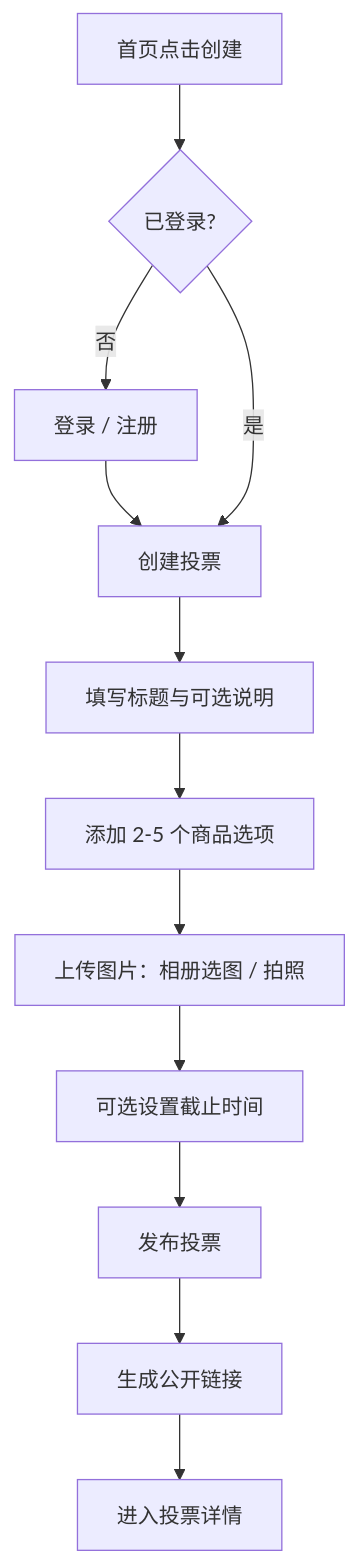
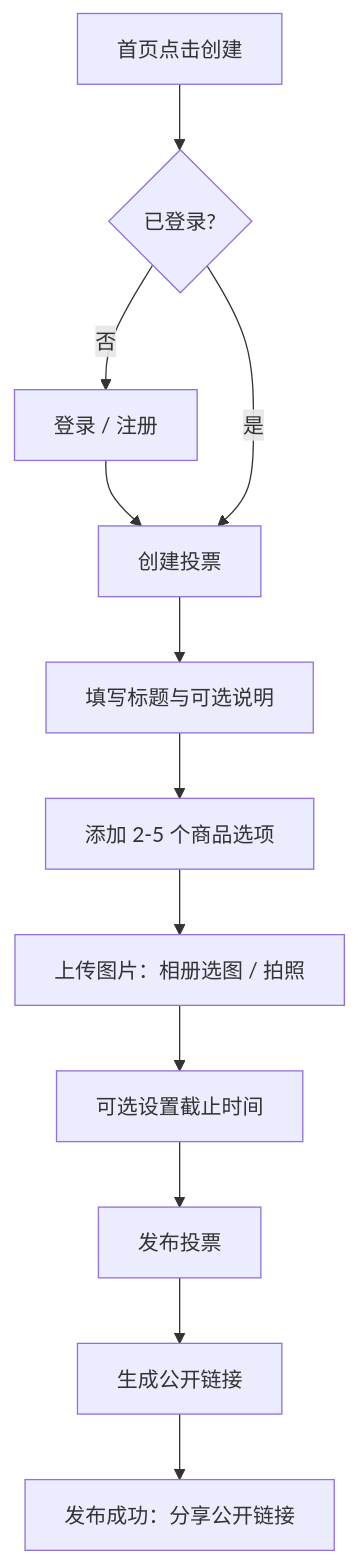
The second of 7 diagrams in docs/PRD.md (sd5913/The-Aliien-Repo), drawn with Mermaid before and after one commit. The commit also changed other lines of this file and 2 other files, not shown here.

Commit message:
feat: update User Flow documentation to include soft login process and add English version

````diff
--- a/docs/PRD.md
+++ b/docs/PRD.md
@@ -181,14 +182,14 @@
 ```mermaid
 flowchart TD
     A[首页点击创建] --> B{已登录?}
     B -- 否 --> C[登录 / 注册]
     C --> D[创建投票]
     B -- 是 --> D
     D --> E[填写标题与可选说明]
     E --> F[添加 2-5 个商品选项]
     F --> G[上传图片：相册选图 / 拍照]
     G --> K[可选设置截止时间]
     K --> L[发布投票]
     L --> M[生成公开链接]
-    M --> N[进入投票详情]
+    M --> N[发布成功：分享公开链接]
 ```
````
